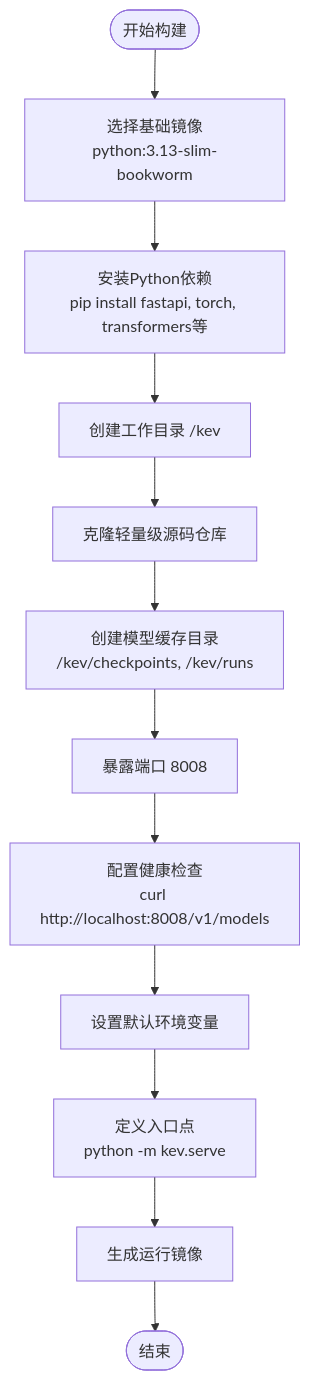
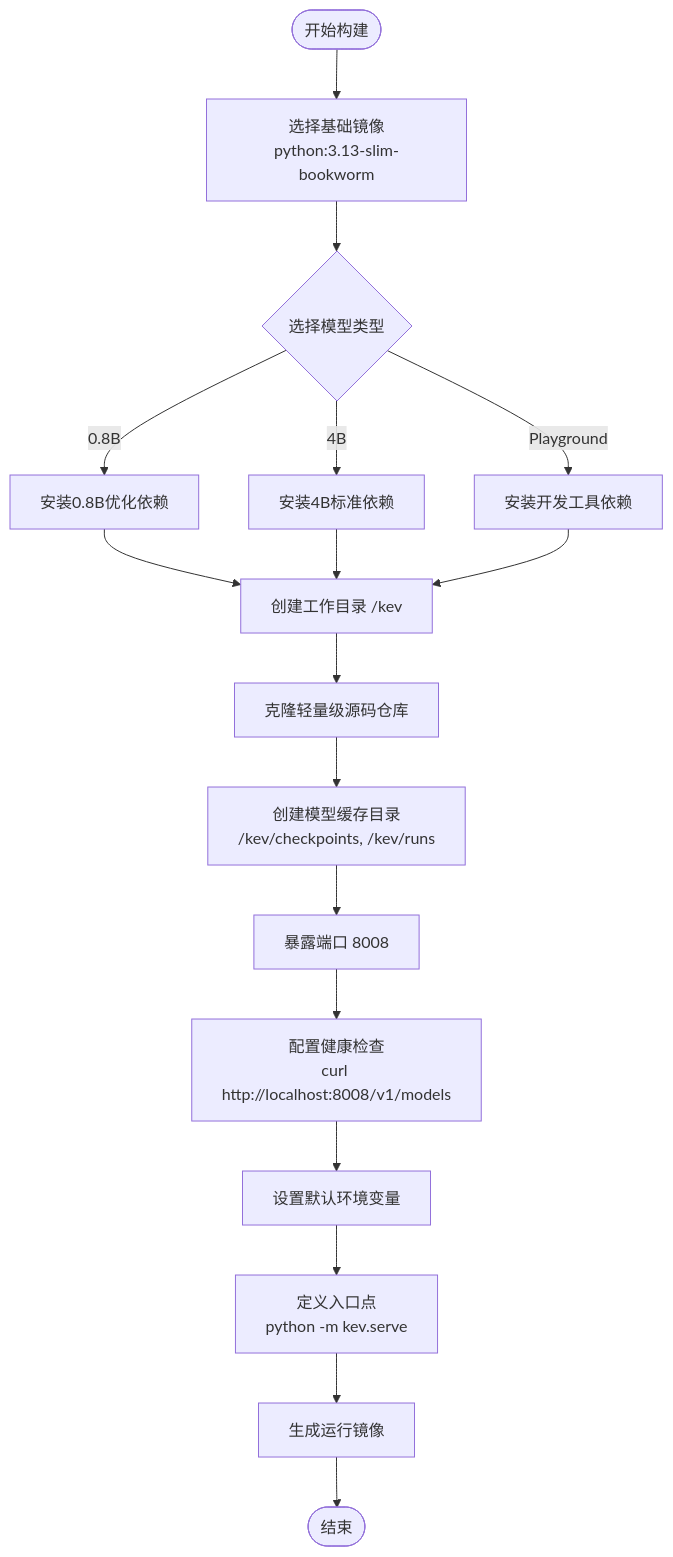
One commit to joezxh/kev changed the third of 10 diagrams in .qoder/repowiki/zh/content/部署指南/容器化部署/容器化部署.md. Above: the diagram before and after it, drawn with Mermaid. The commit also changed other lines of this file and 193 other files, not shown here.

````diff
--- a/.qoder/repowiki/zh/content/部署指南/容器化部署/容器化部署.md
+++ b/.qoder/repowiki/zh/content/部署指南/容器化部署/容器化部署.md
@@ -167,14 +137,19 @@
 ```mermaid
-graph TD
+flowchart TD
 Start(["开始构建"]) --> Base["选择基础镜像<br/>python:3.13-slim-bookworm"]
-Base --> Install["安装Python依赖<br/>pip install fastapi, torch, transformers等"]
-Install --> Workdir["创建工作目录 /kev"]
+Base --> ModelSelect{"选择模型类型"}
+ModelSelect --> |0.8B| Install08B["安装0.8B优化依赖"]
+ModelSelect --> |4B| Install4B["安装4B标准依赖"]
+ModelSelect --> |Playground| InstallPG["安装开发工具依赖"]
+Install08B --> Workdir["创建工作目录 /kev"]
+Install4B --> Workdir
+InstallPG --> Workdir
 Workdir --> Clone["克隆轻量级源码仓库"]
 Clone --> Cache["创建模型缓存目录<br/>/kev/checkpoints, /kev/runs"]
 Cache --> Expose["暴露端口 8008"]
 Expose --> Health["配置健康检查<br/>curl http://localhost:8008/v1/models"]
 Health --> Env["设置默认环境变量"]
 Env --> Entrypoint["定义入口点<br/>python -m kev.serve"]
 Entrypoint --> Final["生成运行镜像"]
 Final --> End(["结束"])
 ```
````
